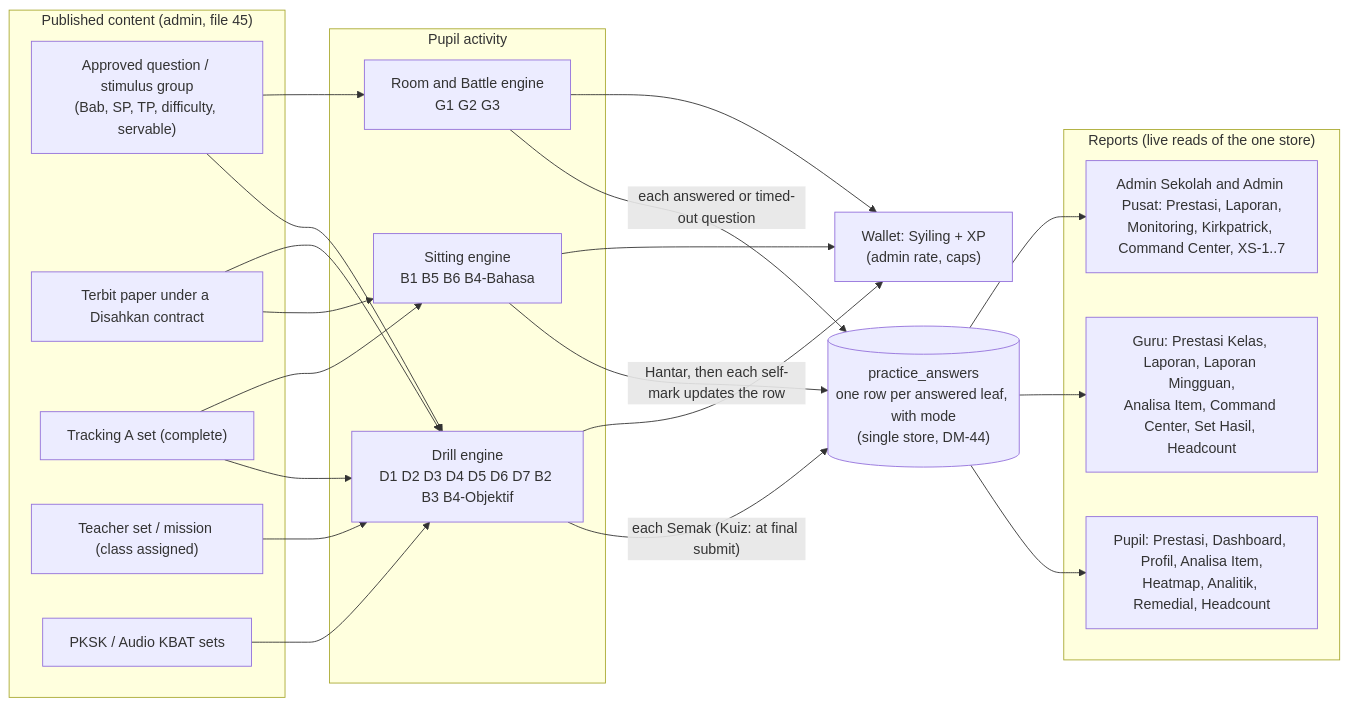
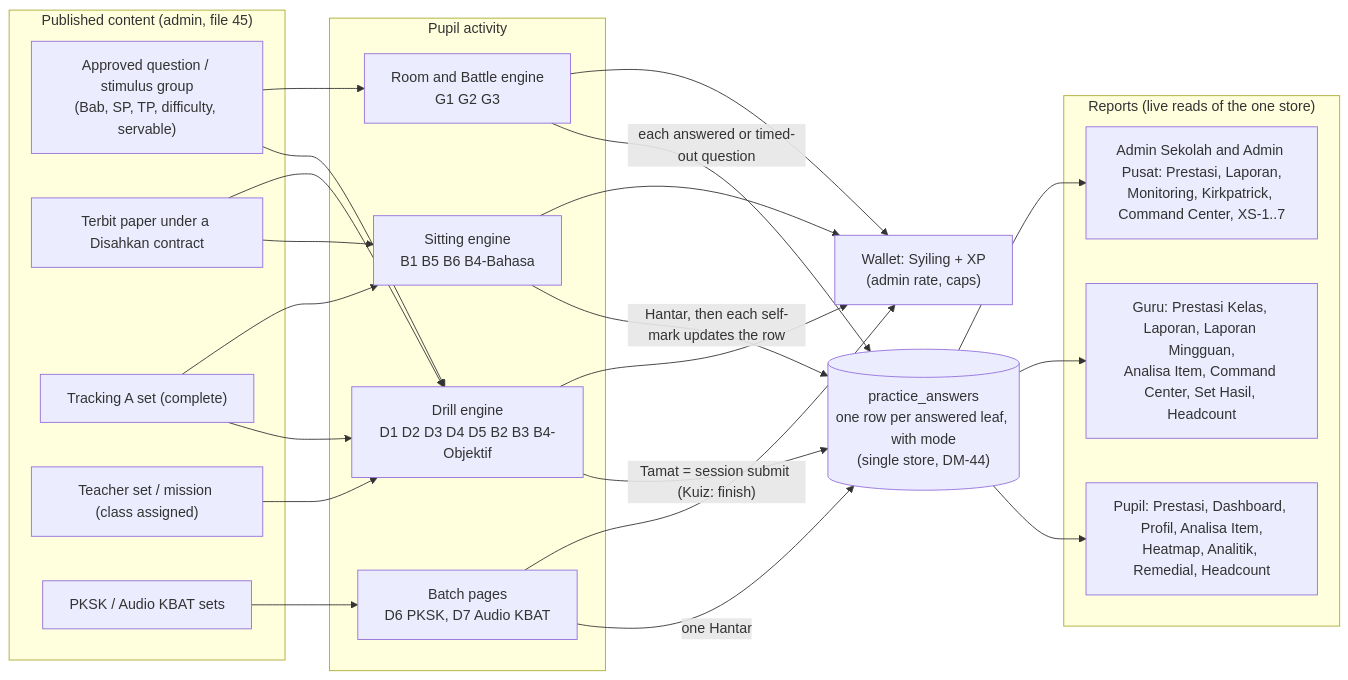
One commit to amin-kerja-orang/prestasiplus changed the first of 3 diagrams in docs/prd/r1/46-pupil-activity-flow.md. Above: the diagram before and after it, drawn with Mermaid. The commit also changed other lines of this file and 9 other files, not shown here.

First line of the commit message:
docs: resolve 14 flow contradictions (D115)

````diff
--- a/docs/prd/r1/46-pupil-activity-flow.md
+++ b/docs/prd/r1/46-pupil-activity-flow.md
@@ -138,39 +139,42 @@
 ```mermaid
 flowchart LR
   subgraph PUB["Published content (admin, file 45)"]
     Q["Approved question / stimulus group<br/>(Bab, SP, TP, difficulty, servable)"]
     P["Terbit paper under a Disahkan contract"]
     T["Tracking A set (complete)"]
     S["Teacher set / mission (class assigned)"]
     K["PKSK / Audio KBAT sets"]
   end
   subgraph ACT["Pupil activity"]
-    D["Drill engine<br/>D1 D2 D3 D4 D5 D6 D7 B2 B3 B4-Objektif"]
+    D["Drill engine<br/>D1 D2 D3 D4 D5 B2 B3 B4-Objektif"]
+    BP["Batch pages<br/>D6 PKSK, D7 Audio KBAT"]
     SIT["Sitting engine<br/>B1 B5 B6 B4-Bahasa"]
     G["Room and Battle engine<br/>G1 G2 G3"]
   end
   A[("practice_answers<br/>one row per answered leaf, with mode<br/>(single store, DM-44)")]
   W["Wallet: Syiling + XP<br/>(admin rate, caps)"]
   subgraph REP["Reports (live reads of the one store)"]
     R1["Pupil: Prestasi, Dashboard, Profil, Analisa Item,<br/>Heatmap, Analitik, Remedial, Headcount"]
     R2["Guru: Prestasi Kelas, Laporan, Laporan Mingguan,<br/>Analisa Item, Command Center, Set Hasil, Headcount"]
     R3["Admin Sekolah and Admin Pusat: Prestasi, Laporan,<br/>Monitoring, Kirkpatrick, Command Center, XS-1..7"]
   end
   Q --> D
   Q --> G
   P --> SIT
   P --> D
   T --> D
   T --> SIT
   S --> D
-  K --> D
-  D -->|"each Semak (Kuiz: at final submit)"| A
+  K --> BP
+  D -->|"Tamat = session submit (Kuiz: finish)"| A
+  BP -->|"one Hantar"| A
   SIT -->|"Hantar, then each self-mark updates the row"| A
   G -->|"each answered or timed-out question"| A
   D --> W
+  BP --> W
   SIT --> W
   G --> W
   A --> R1
   A --> R2
   A --> R3
 ```
````
